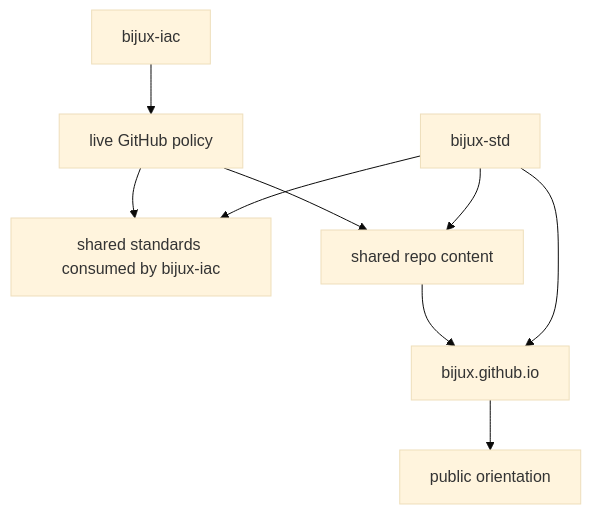
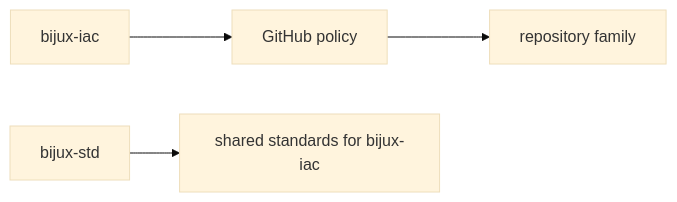
Before and after one commit to bijux/bijux.github.io: the diagram in docs/02-bijux-iac/index.md, drawn with Mermaid (base theme). The commit also changed 2 other files, not shown here.

Commit message:
docs(branches): simplify the foundation branch openings

````diff
--- a/docs/02-bijux-iac/index.md
+++ b/docs/02-bijux-iac/index.md
@@ -78,12 +78,6 @@
 ```mermaid
-graph TD
-    iac["bijux-iac"] --> github["live GitHub policy"]
-    std["bijux-std"] --> iacrepo["shared standards consumed by bijux-iac"]
-    std --> repos["shared repo content"]
-    hub["bijux.github.io"] --> readers["public orientation"]
-
-    github --> repos
-    github --> iacrepo
-    std --> hub
-    repos --> hub
+graph LR
+    iac["bijux-iac"] --> policy["GitHub policy"]
+    policy --> repos["repository family"]
+    std["bijux-std"] --> iacrepo["shared standards for bijux-iac"]
 ```
````
